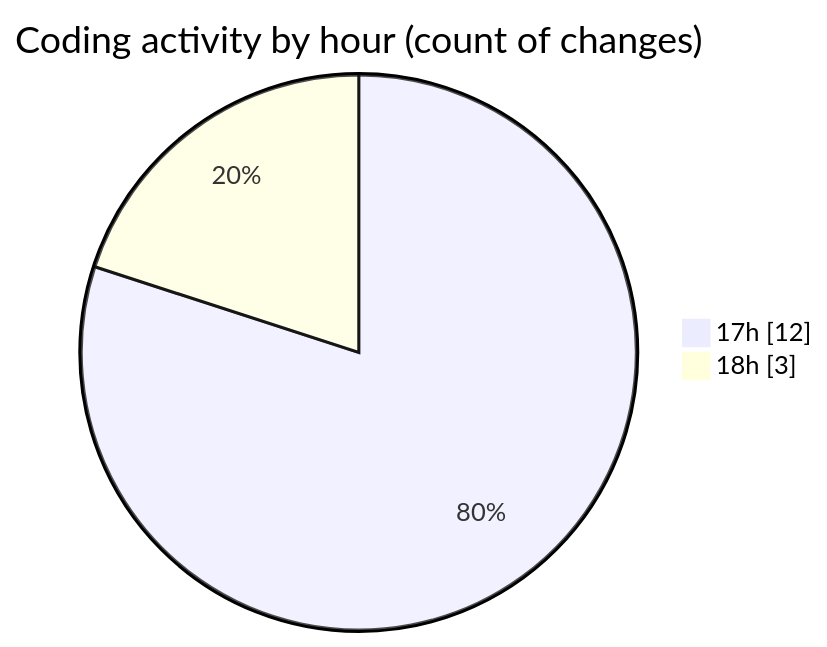
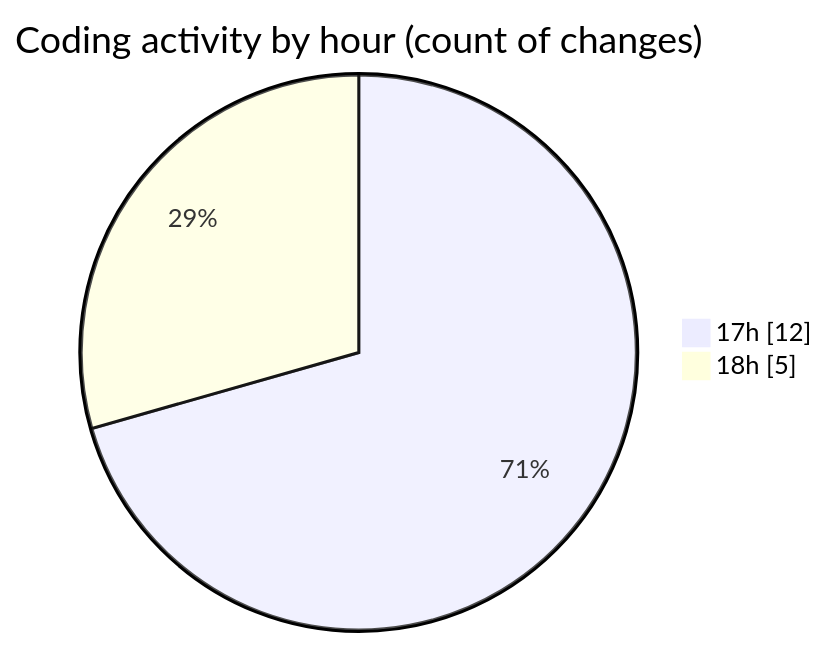
The second of 2 diagrams in 2025-02-16/uber_clone/README.md (donsfak/code-tracking), drawn with Mermaid before and after one commit. The commit also changed other lines of this file and 1 other file, not shown here.

````diff
--- a/2025-02-16/uber_clone/README.md
+++ b/2025-02-16/uber_clone/README.md
@@ -37,6 +37,6 @@
 ```mermaid
 pie showData
 title Coding activity by hour (count of changes)
 "17h" : 12
-"18h" : 3
+"18h" : 5
 ```
````
